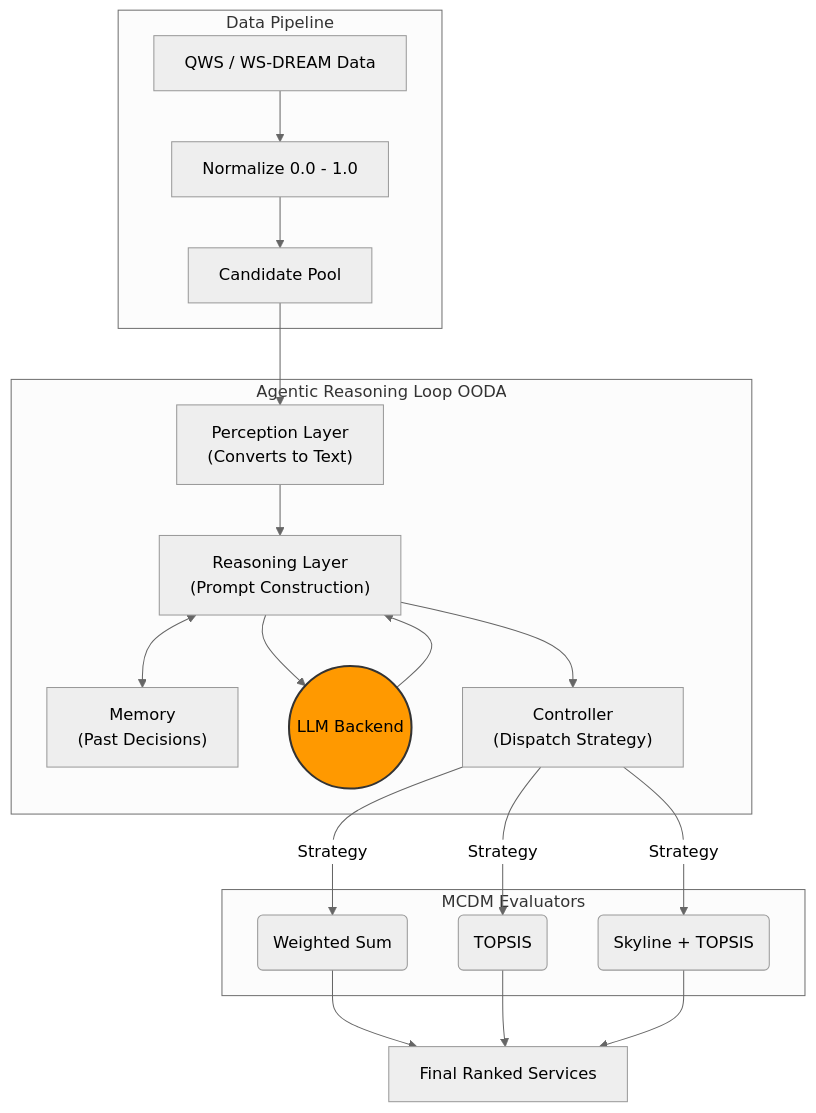
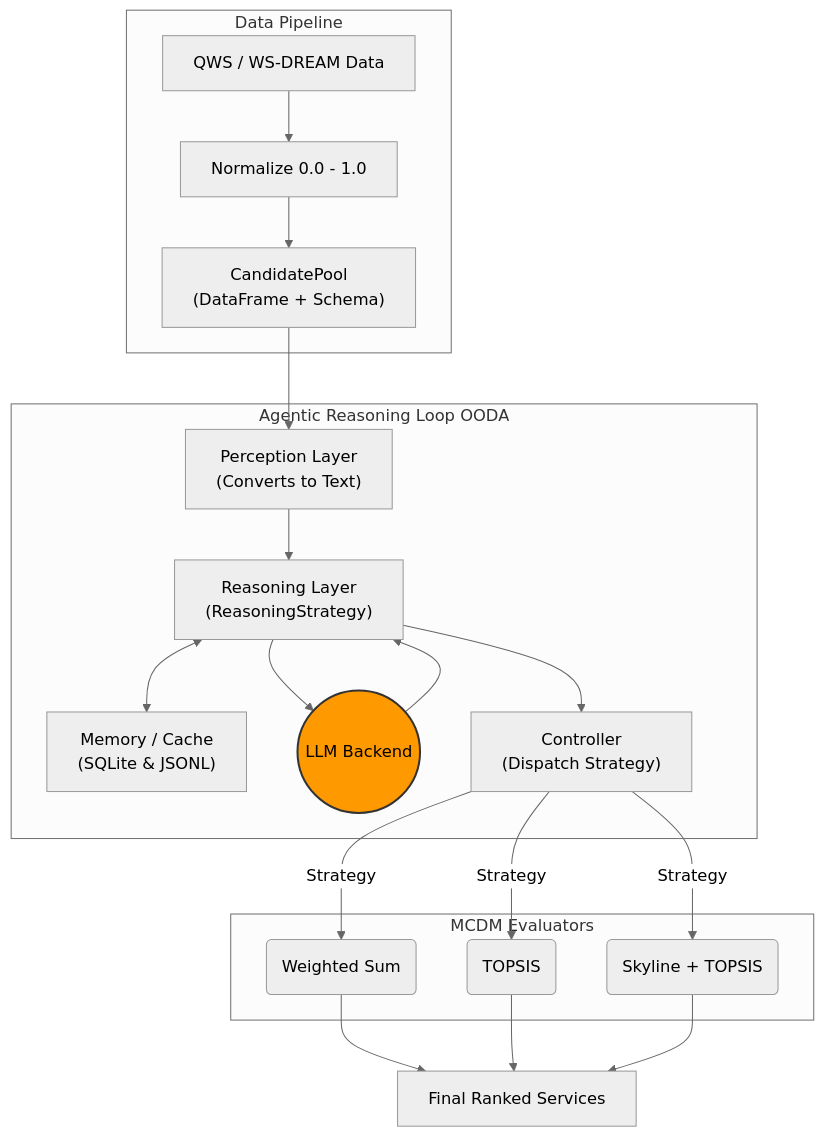
One commit to IDKHowToCodeFR/BTP changed the diagram in ARCHITECTURE.md. Above: the diagram before and after it, drawn with Mermaid (neutral theme). The commit also changed other lines of this file and 27 other files, not shown here.

First line of the commit message:
Refactor architecture for modularity and concurrency

````diff
--- a/ARCHITECTURE.md
+++ b/ARCHITECTURE.md
@@ -7,28 +7,28 @@
 ```mermaid
 flowchart TD
     subgraph DataPipeline [Data Pipeline]
         D1["QWS / WS-DREAM Data"] --> D2["Normalize 0.0 - 1.0"]
-        D2 --> D3["Candidate Pool"]
+        D2 --> D3["CandidatePool<br>(DataFrame + Schema)"]
     end
 
     subgraph AgenticLoop [Agentic Reasoning Loop OODA]
         D3 --> P["Perception Layer<br>(Converts to Text)"]
-        P --> R["Reasoning Layer<br>(Prompt Construction)"]
-        R <--> M["Memory<br>(Past Decisions)"]
+        P --> R["Reasoning Layer<br>(ReasoningStrategy)"]
+        R <--> M["Memory / Cache<br>(SQLite & JSONL)"]
         R --> LLM((LLM Backend))
         LLM --> R
         R --> C["Controller<br>(Dispatch Strategy)"]
     end
 
     subgraph MCDM [MCDM Evaluators]
         C -->|Strategy| S1("Weighted Sum")
         C -->|Strategy| S2("TOPSIS")
         C -->|Strategy| S3("Skyline + TOPSIS")
     end
 
     S1 --> OUT["Final Ranked Services"]
     S2 --> OUT
     S3 --> OUT
     
     style LLM fill:#ff9900,stroke:#333,stroke-width:2px,color:#000000
 ```
````
